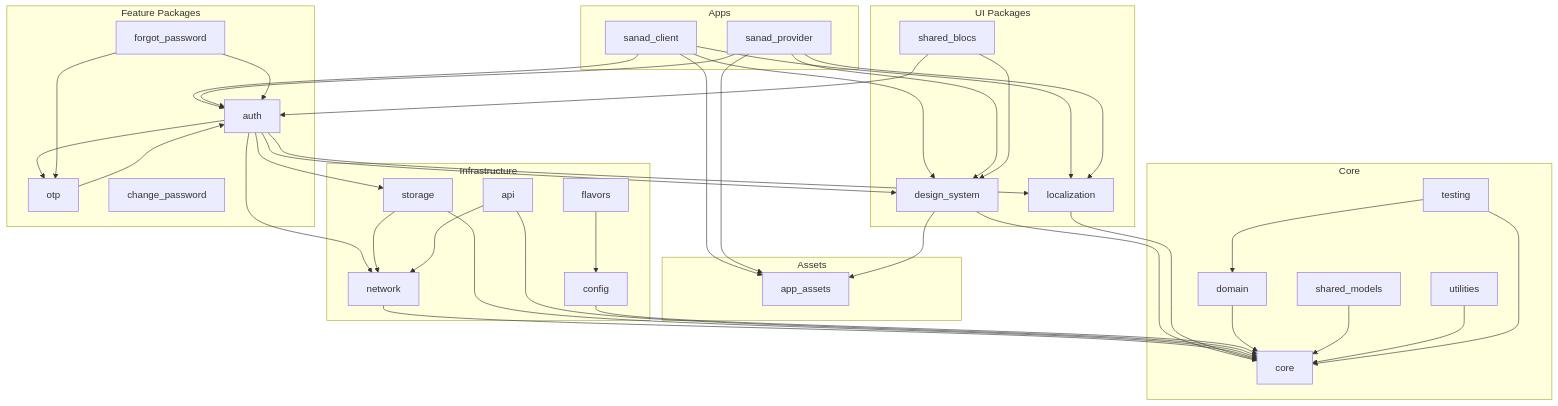
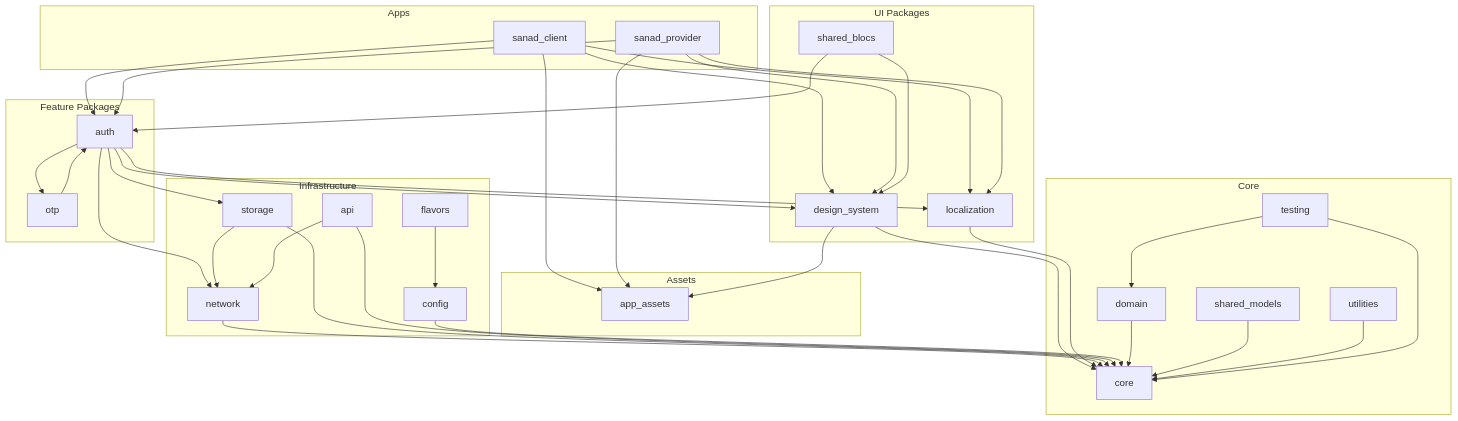
The diagram in docs/DEPENDENCY_GRAPH.md (taher-fawaz26/sanad), drawn with Mermaid before and after one commit. The commit also changed other lines of this file and 389 other files, not shown here.

````diff
--- a/docs/DEPENDENCY_GRAPH.md
+++ b/docs/DEPENDENCY_GRAPH.md
@@ -5,78 +5,74 @@
 ```mermaid
 flowchart TB
   subgraph apps [Apps]
     Client[sanad_client]
     Provider[sanad_provider]
   end
 
   subgraph features [Feature Packages]
     Auth[auth]
     OTP[otp]
-    FP[forgot_password]
-    CP[change_password]
   end
 
   subgraph ui [UI Packages]
     DS[design_system]
     Loc[localization]
     SB[shared_blocs]
   end
 
   subgraph assets_pkg [Assets]
     Assets[app_assets]
   end
 
   subgraph infra [Infrastructure]
     Network[network]
     Storage[storage]
     API[api]
     Config[config]
     Flavors[flavors]
   end
 
   subgraph core_pkgs [Core]
     Core[core]
     Domain[domain]
     Models[shared_models]
     Utils[utilities]
     Testing[testing]
   end
 
   Client --> Auth
   Client --> DS
   Client --> Loc
   Client --> Assets
   Provider --> Auth
   Provider --> DS
   Provider --> Loc
   Provider --> Assets
 
   Auth --> OTP
   Auth --> Network
   Auth --> Storage
   Auth --> DS
   Auth --> Loc
   OTP --> Auth
-  FP --> Auth
-  FP --> OTP
 
   DS --> Core
   DS --> Assets
   Loc --> Core
   SB --> Auth
   SB --> DS
 
   Network --> Core
   Storage --> Core
   Storage --> Network
   API --> Core
   API --> Network
   Config --> Core
   Flavors --> Config
 
   Domain --> Core
   Models --> Core
   Utils --> Core
   Testing --> Core
   Testing --> Domain
 ```
````
